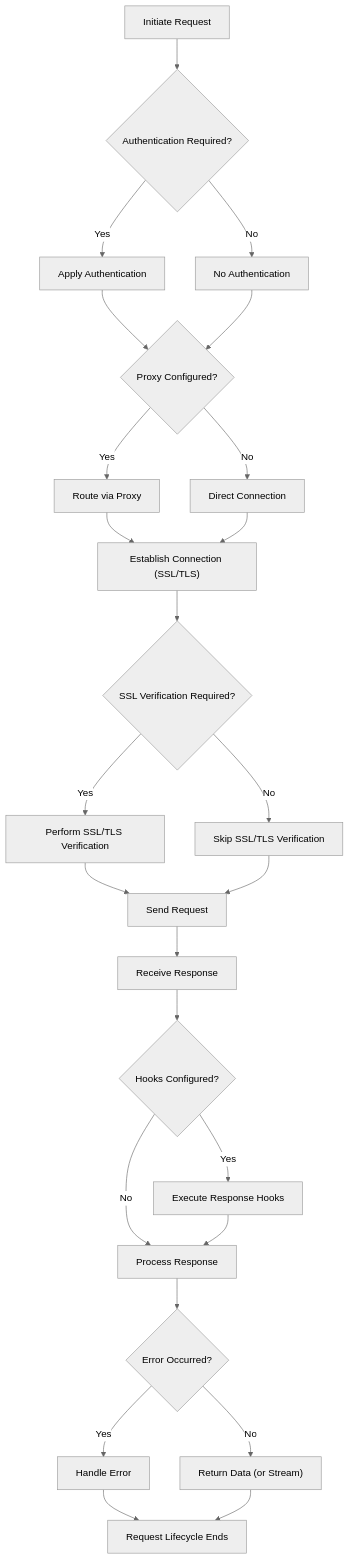
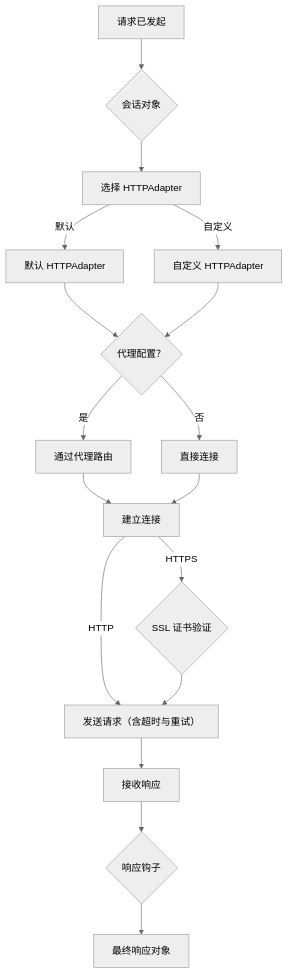
One commit to lban2049/requests changed the diagram in .aigne/doc-smith/docs/advanced-usage.zh.md. Above: the diagram before and after it, drawn with Mermaid (neutral theme). The commit also changed other lines of this file and 69 other files, not shown here.

````diff
--- a/.aigne/doc-smith/docs/advanced-usage.zh.md
+++ b/.aigne/doc-smith/docs/advanced-usage.zh.md
@@ -7,35 +7,19 @@
 ```mermaid
-flowchart TD
-    A["Initiate Request"] --> B{"Authentication Required?"};
-    B -- "Yes" --> C["Apply Authentication"];
-    B -- "No" --> D["No Authentication"];
-
-    C --> E{"Proxy Configured?"};
-    D --> E;
-
-    E -- "Yes" --> F["Route via Proxy"];
-    E -- "No" --> G["Direct Connection"];
-
-    F --> H["Establish Connection (SSL/TLS)"];
-    G --> H;
-
-    H --> I{"SSL Verification Required?"};
-    I -- "Yes" --> J["Perform SSL/TLS Verification"];
-    I -- "No" --> K["Skip SSL/TLS Verification"];
-
-    J --> L["Send Request"];
-    K --> L;
-
-    L --> M["Receive Response"];
-    M --> N{"Hooks Configured?"};
-    N -- "Yes" --> O["Execute Response Hooks"];
-    N -- "No" --> P["Process Response"];
-
-    O --> P;
-    P --> Q{"Error Occurred?"};
-    Q -- "Yes" --> R["Handle Error"];
-    Q -- "No" --> S["Return Data (or Stream)"];
-
-    R --> T["Request Lifecycle Ends"];
-    S --> T;
+graph TD
+    A["请求已发起"] --> B{"会话对象"};
+    B --> C["选择 HTTPAdapter"];
+    C -- "默认" --> D["默认 HTTPAdapter"];
+    C -- "自定义" --> E["自定义 HTTPAdapter"];
+    D --> F{"代理配置？"};
+    E --> F;
+    F -- "是" --> G["通过代理路由"];
+    F -- "否" --> H["直接连接"];
+    G --> I["建立连接"];
+    H --> I;
+    I -- "HTTPS" --> J{"SSL 证书验证"};
+    I -- "HTTP" --> K["发送请求（含超时与重试）"];
+    J --> K;
+    K --> L["接收响应"];
+    L --> M{"响应钩子"};
+    M --> N["最终响应对象"];
 ```
````
